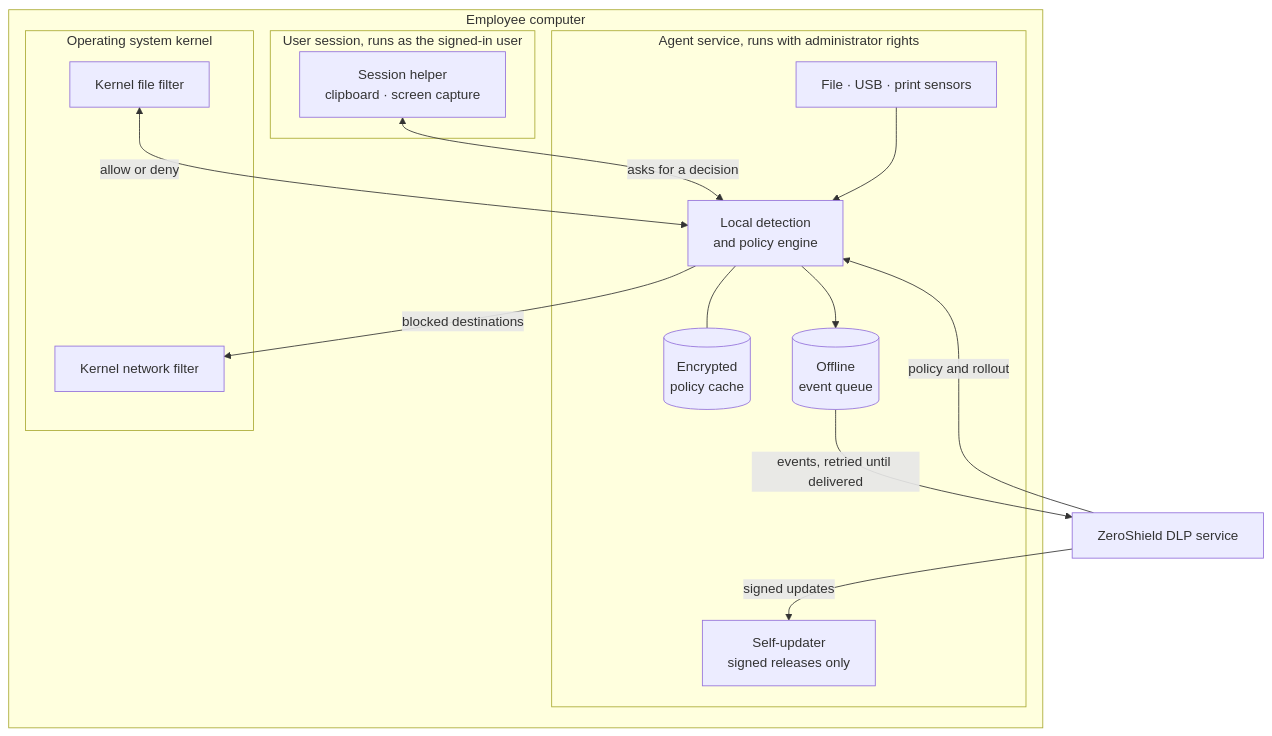
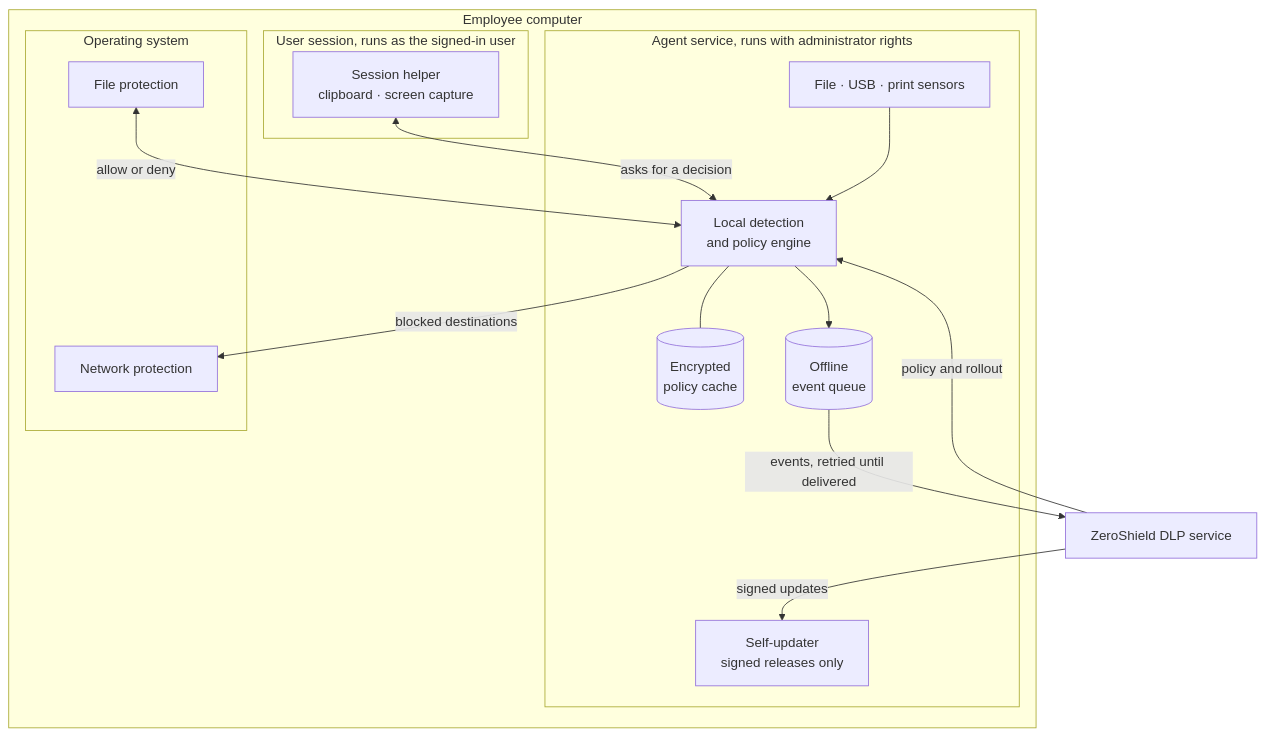
One commit to nikit-cyberultron/ZeroShield-DLP-Public changed the third of 8 diagrams in README.md. Above: the diagram before and after it, drawn with Mermaid. The commit also changed other lines of this file, not shown here.

````diff
--- a/README.md
+++ b/README.md
@@ -149,30 +149,30 @@
 ```mermaid
 flowchart TB
     subgraph Device["Employee computer"]
         subgraph UserSession["User session, runs as the signed-in user"]
             Helper["Session helper<br/>clipboard · screen capture"]
         end
         subgraph Service["Agent service, runs with administrator rights"]
             Core["Local detection<br/>and policy engine"]
             Sensors["File · USB · print sensors"]
             Cache[("Encrypted<br/>policy cache")]
             Outbox[("Offline<br/>event queue")]
             Updater["Self-updater<br/>signed releases only"]
         end
-        subgraph Kernel["Operating system kernel"]
-            KFile["Kernel file filter"]
-            KNet["Kernel network filter"]
+        subgraph OSLayer["Operating system"]
+            KFile["File protection"]
+            KNet["Network protection"]
         end
     end
     Backend["ZeroShield DLP service"]
 
     Helper <-->|"asks for a decision"| Core
     Sensors --> Core
     KFile <-->|"allow or deny"| Core
     Core -->|"blocked destinations"| KNet
     Core --- Cache
     Core --> Outbox
     Outbox -->|"events, retried until delivered"| Backend
     Backend -->|"policy and rollout"| Core
     Backend -->|"signed updates"| Updater
 ```
````
